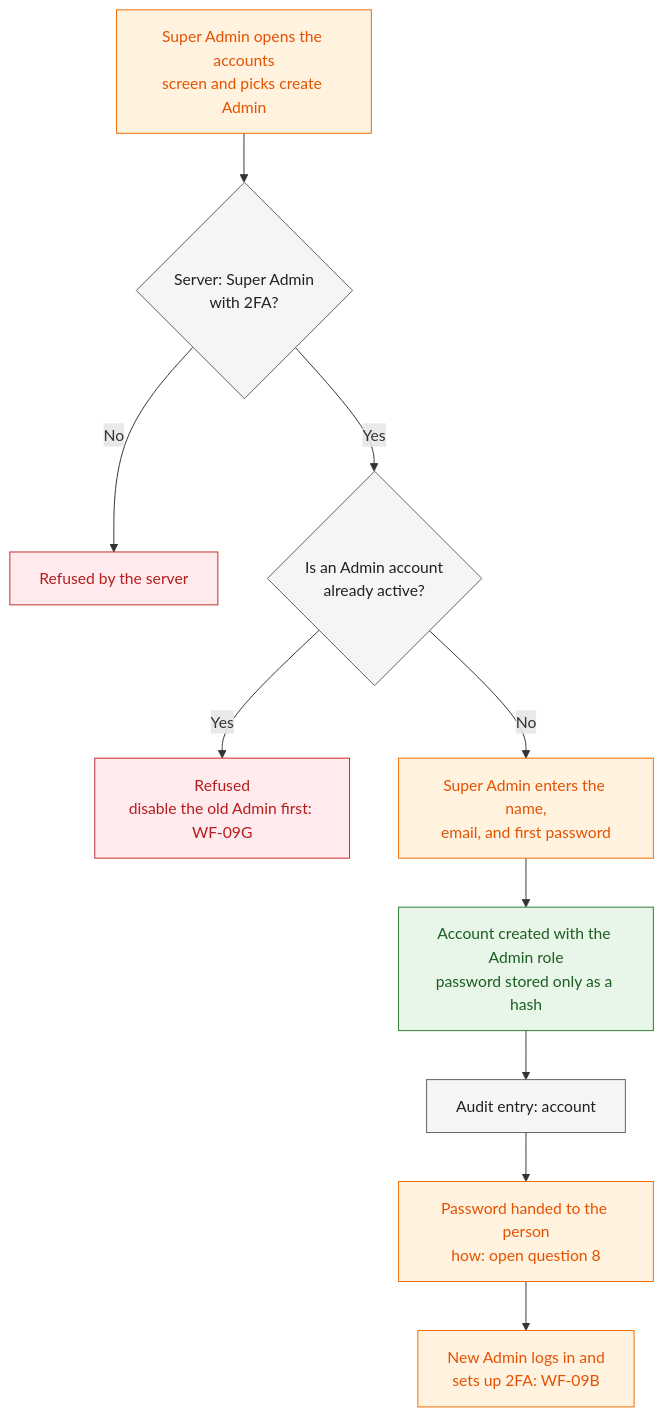
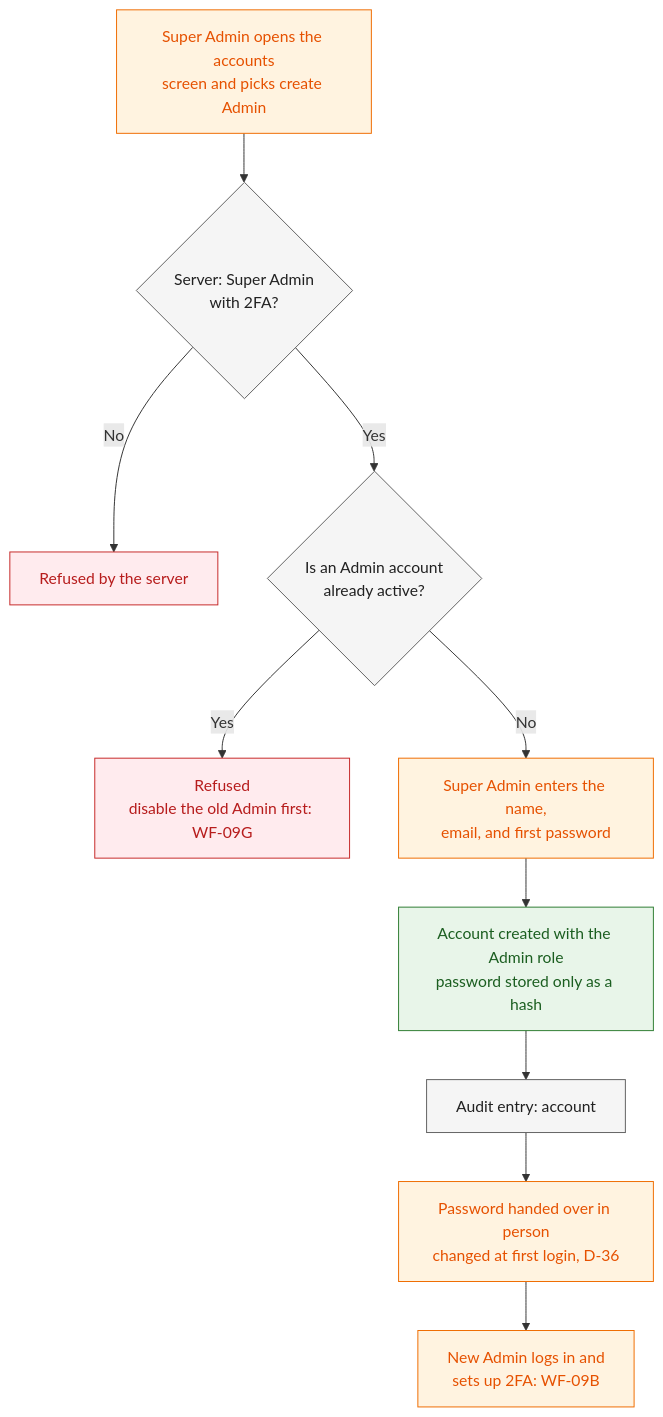
One commit to DevNarvs/kasoundbox-2026 changed diagram 23 of 34 in docs/03-workflows/administration.md. Above: the diagram before and after it, drawn with Mermaid. The commit also changed other lines of this file and 26 other files, not shown here.

````diff
--- a/docs/03-workflows/administration.md
+++ b/docs/03-workflows/administration.md
@@ -1689,21 +1691,21 @@
 ```mermaid
 flowchart TD
     A["Super Admin opens the accounts<br/>screen and picks create Admin"] --> B{"Server: Super Admin<br/>with 2FA?"}
     B -->|"No"| BF["Refused by the server"]
     B -->|"Yes"| C{"Is an Admin account<br/>already active?"}
     C -->|"Yes"| CF["Refused<br/>disable the old Admin first: WF-09G"]
     C -->|"No"| D["Super Admin enters the name,<br/>email, and first password"]
     D --> E["Account created with the Admin role<br/>password stored only as a hash"]
     E --> AU["Audit entry: account"]
-    AU --> F["Password handed to the person<br/>how: open question 8"]
+    AU --> F["Password handed over in person<br/>changed at first login, D-36"]
     F --> G["New Admin logs in and<br/>sets up 2FA: WF-09B"]
     classDef customer fill:#e3f2fd,stroke:#1565c0,color:#0d47a1
     classDef system fill:#f5f5f5,stroke:#616161,color:#212121
     classDef admin fill:#fff3e0,stroke:#ef6c00,color:#e65100
     classDef status fill:#e8f5e9,stroke:#2e7d32,color:#1b5e20
     classDef failure fill:#ffebee,stroke:#c62828,color:#b71c1c
     class A,D,F,G admin
     class B,C,AU system
     class E status
     class BF,CF failure
 ```
````
